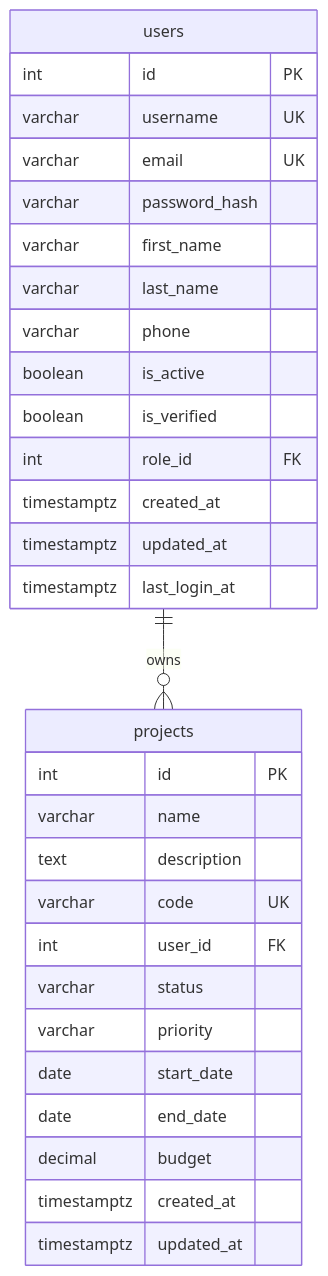
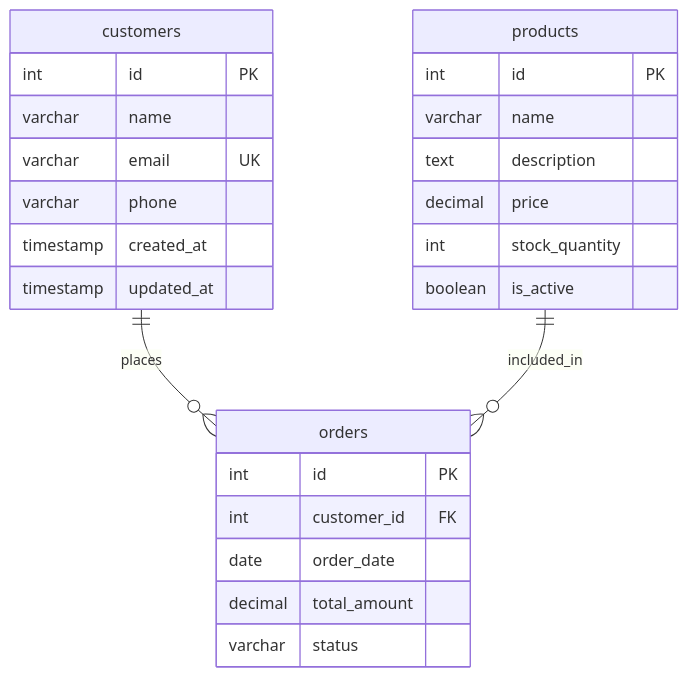
One commit to Fisherk2/migrator-csv-postgres changed the diagram in docs/ERD.md. Above: the diagram before and after it, drawn with Mermaid. The commit also changed other lines of this file and 15 other files, not shown here.

````diff
--- a/docs/ERD.md
+++ b/docs/ERD.md
@@ -26,35 +37,31 @@
 ```mermaid
 erDiagram
-    users {
+    customers {
         int id PK
-        varchar username UK
+        varchar name
         varchar email UK
-        varchar password_hash
-        varchar first_name
-        varchar last_name
         varchar phone
-        boolean is_active
-        boolean is_verified
-        int role_id FK
-        timestamptz created_at
-        timestamptz updated_at
-        timestamptz last_login_at
+        timestamp created_at
+        timestamp updated_at
     }
     
-    projects {
+    products {
         int id PK
         varchar name
         text description
-        varchar code UK
-        int user_id FK
-        varchar status
-        varchar priority
-        date start_date
-        date end_date
-        decimal budget
-        timestamptz created_at
-        timestamptz updated_at
+        decimal price
+        int stock_quantity
+        boolean is_active
     }
     
-    users ||--o{ projects : "owns"
+    orders {
+        int id PK
+        int customer_id FK
+        date order_date
+        decimal total_amount
+        varchar status
+    }
+    
+    customers ||--o{ orders : "places"
+    products ||--o{ orders : "included_in"
 ```
````
